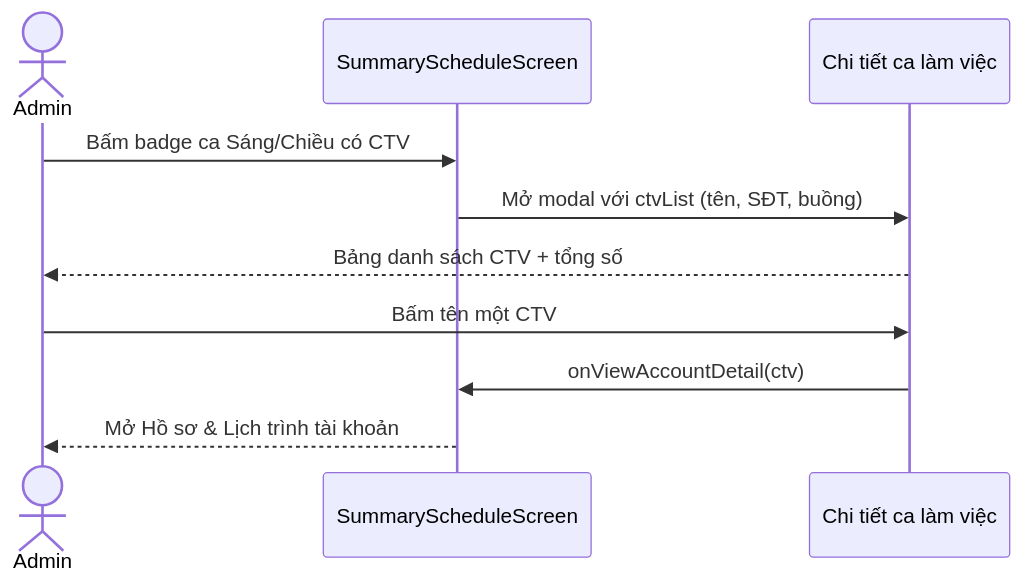
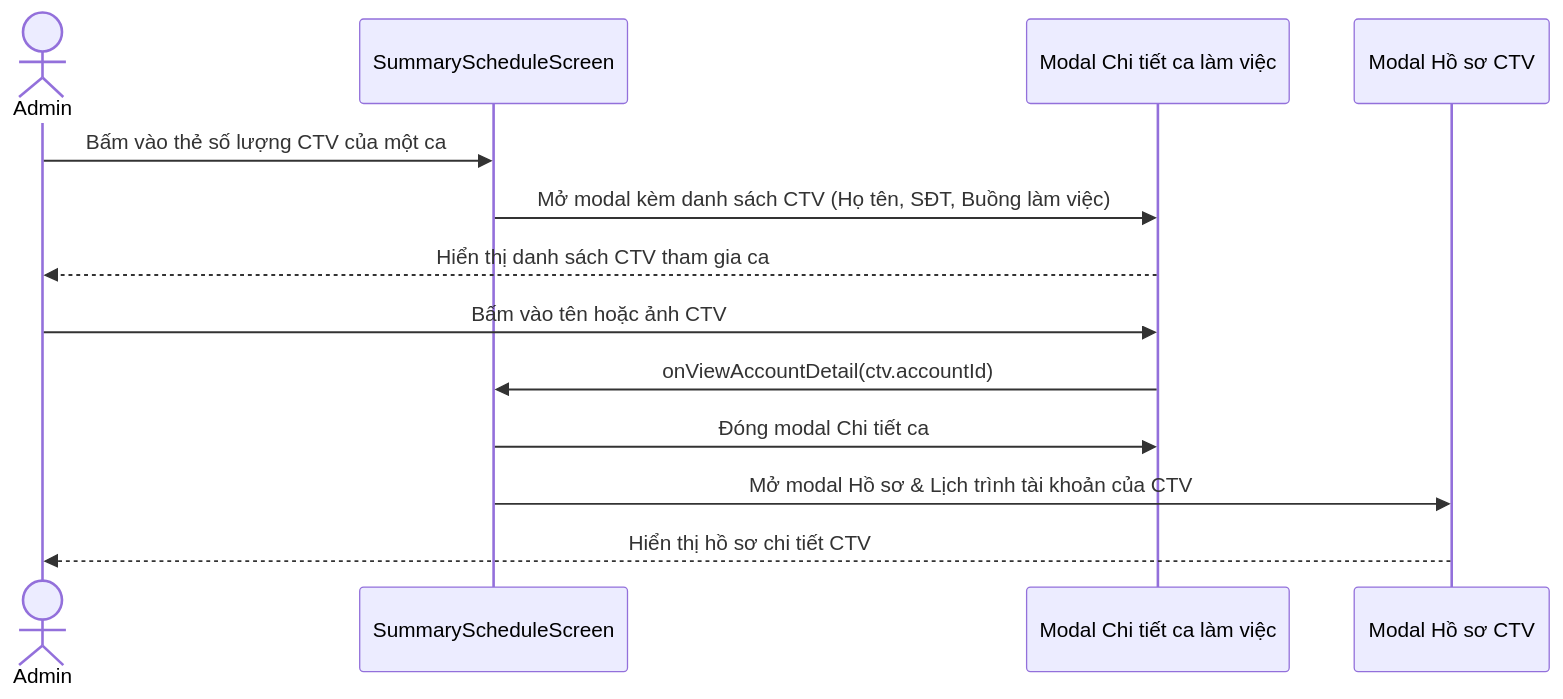
The third of 3 diagrams in docs/sequence-diagrams/07-xem-lich-lam-viec-tong-hop.md (MINHDZVODICH/ctv-manage), drawn with Mermaid before and after one commit. The commit also changed other lines of this file and 12 other files, not shown here.

````diff
--- a/docs/sequence-diagrams/07-xem-lich-lam-viec-tong-hop.md
+++ b/docs/sequence-diagrams/07-xem-lich-lam-viec-tong-hop.md
@@ -94,13 +95,16 @@
 ```mermaid
 sequenceDiagram
     actor A as Admin
     participant UI as SummaryScheduleScreen
-    participant Modal as Chi tiết ca làm việc
+    participant Modal as Modal Chi tiết ca làm việc
+    participant UserModal as Modal Hồ sơ CTV
 
-    A->>UI: Bấm badge ca Sáng/Chiều có CTV
-    UI->>Modal: Mở modal với ctvList (tên, SĐT, buồng)
-    Modal-->>A: Bảng danh sách CTV + tổng số
-    A->>Modal: Bấm tên một CTV
-    Modal->>UI: onViewAccountDetail(ctv)
-    UI-->>A: Mở Hồ sơ & Lịch trình tài khoản
+    A->>UI: Bấm vào thẻ số lượng CTV của một ca
+    UI->>Modal: Mở modal kèm danh sách CTV (Họ tên, SĐT, Buồng làm việc)
+    Modal-->>A: Hiển thị danh sách CTV tham gia ca
+    A->>Modal: Bấm vào tên hoặc ảnh CTV
+    Modal->>UI: onViewAccountDetail(ctv.accountId)
+    UI->>Modal: Đóng modal Chi tiết ca
+    UI->>UserModal: Mở modal Hồ sơ & Lịch trình tài khoản của CTV
+    UserModal-->>A: Hiển thị hồ sơ chi tiết CTV
 ```
````
